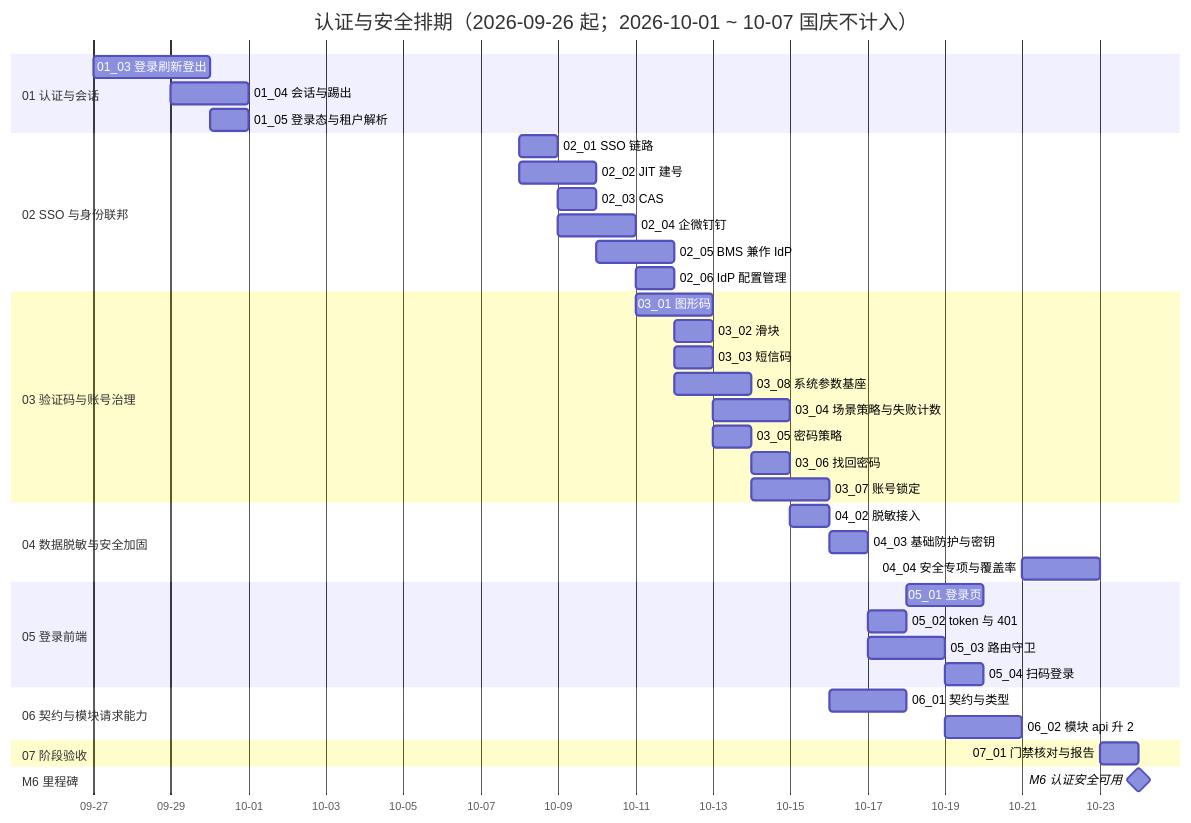
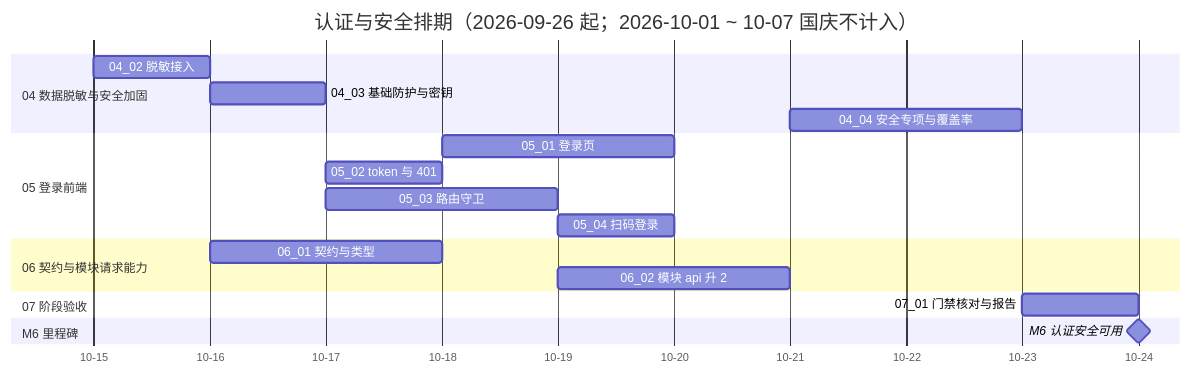
The diagram in bms文档/项目/06_认证与安全/计划/01_计划_认证与安全.md (minjian123/basic-management-system), drawn with Mermaid before and after one commit. The commit also changed 3 other files, not shown here.

````diff
--- a/bms文档/项目/06_认证与安全/计划/01_计划_认证与安全.md
+++ b/bms文档/项目/06_认证与安全/计划/01_计划_认证与安全.md
@@ -61,42 +61,22 @@
 ```mermaid
 gantt
     title 认证与安全排期（2026-09-26 起；2026-10-01 ~ 10-07 国庆不计入）
     dateFormat  YYYY-MM-DD
     axisFormat %m-%d
-    section 01 认证与会话
-    01_03 登录刷新登出 :a3, 2026-09-27, 3d
-    01_04 会话与踢出 :a4, 2026-09-29, 2d
-    01_05 登录态与租户解析 :a5, 2026-09-30, 1d
-    section 02 SSO 与身份联邦
-    02_01 SSO 链路 :b1, 2026-10-08, 1d
-    02_02 JIT 建号 :b2, 2026-10-08, 2d
-    02_03 CAS :b3, 2026-10-09, 1d
-    02_04 企微钉钉 :b4, 2026-10-09, 2d
-    02_05 BMS 兼作 IdP :b5, 2026-10-10, 2d
-    02_06 IdP 配置管理 :b6, 2026-10-11, 1d
-    section 03 验证码与账号治理
-    03_01 图形码 :c1, 2026-10-11, 2d
-    03_02 滑块 :c2, 2026-10-12, 1d
-    03_03 短信码 :c3, 2026-10-12, 1d
-    03_08 系统参数基座 :c8, 2026-10-12, 2d
-    03_04 场景策略与失败计数 :c4, 2026-10-13, 2d
-    03_05 密码策略 :c5, 2026-10-13, 1d
-    03_06 找回密码 :c6, 2026-10-14, 1d
-    03_07 账号锁定 :c7, 2026-10-14, 2d
     section 04 数据脱敏与安全加固
     04_02 脱敏接入 :d2, 2026-10-15, 1d
     04_03 基础防护与密钥 :d3, 2026-10-16, 1d
     04_04 安全专项与覆盖率 :d4, 2026-10-21, 2d
     section 05 登录前端
     05_01 登录页 :e1, 2026-10-18, 2d
     05_02 token 与 401 :e2, 2026-10-17, 1d
     05_03 路由守卫 :e3, 2026-10-17, 2d
     05_04 扫码登录 :e4, 2026-10-19, 1d
     section 06 契约与模块请求能力
     06_01 契约与类型 :f1, 2026-10-16, 2d
     06_02 模块 api 升 2 :f2, 2026-10-19, 2d
     section 07 阶段验收
     07_01 门禁核对与报告 :g1, 2026-10-23, 1d
     section M6 里程碑
     M6 认证安全可用 :milestone, mm6, 2026-10-24, 0d
 ```
````
